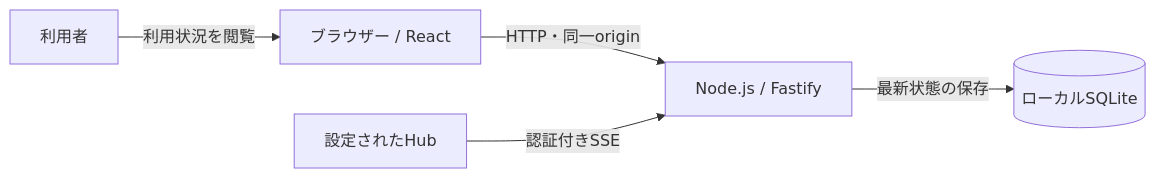
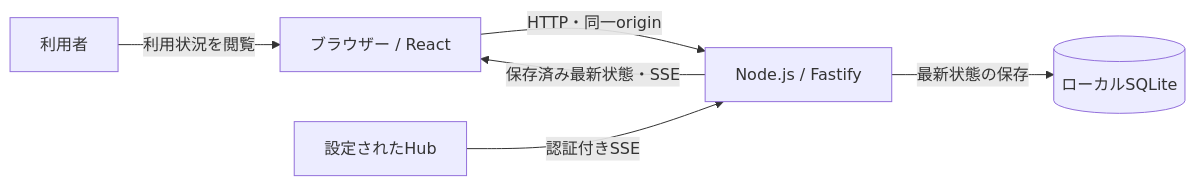
The second of 5 diagrams in docs/architecture.md (nuitsjp/token-monitor-analytics), drawn with Mermaid before and after one commit. The commit also changed other lines of this file and 2 other files, not shown here.

````diff
--- a/docs/architecture.md
+++ b/docs/architecture.md
@@ -23,7 +27,8 @@
 ```mermaid
 flowchart LR
   user["利用者"] -->|"利用状況を閲覧"| ui["ブラウザー / React"]
   ui -->|"HTTP・同一origin"| server["Node.js / Fastify"]
+  server -->|"保存済み最新状態・SSE"| ui
   hub["設定されたHub"] -->|"認証付きSSE"| server
   server -->|"最新状態の保存"| db[("ローカルSQLite")]
 ```
````
